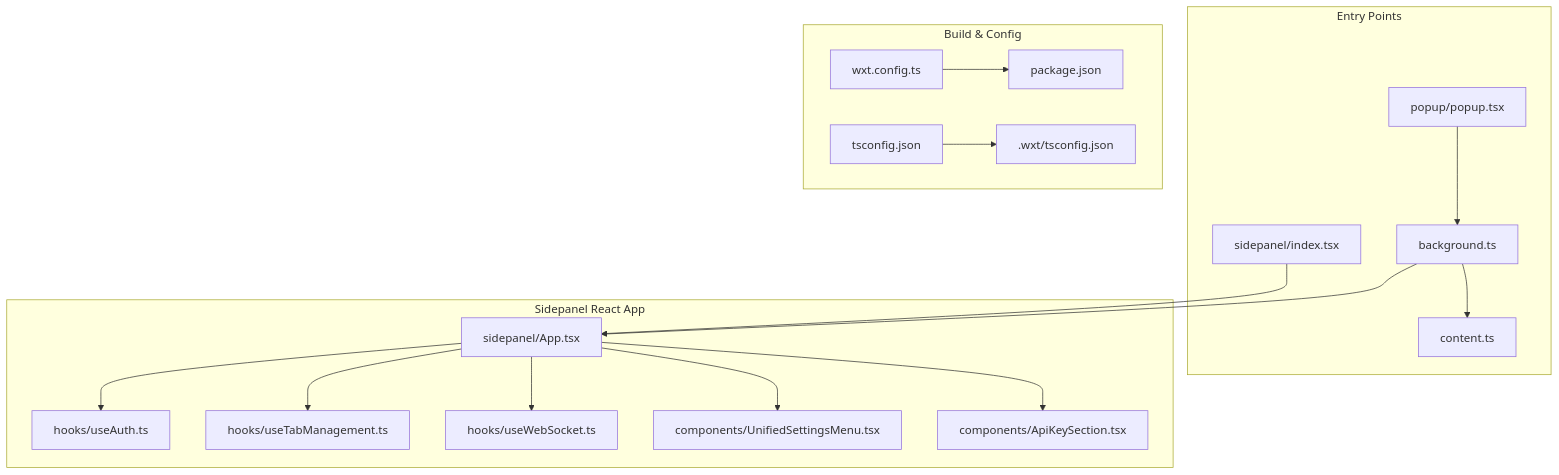
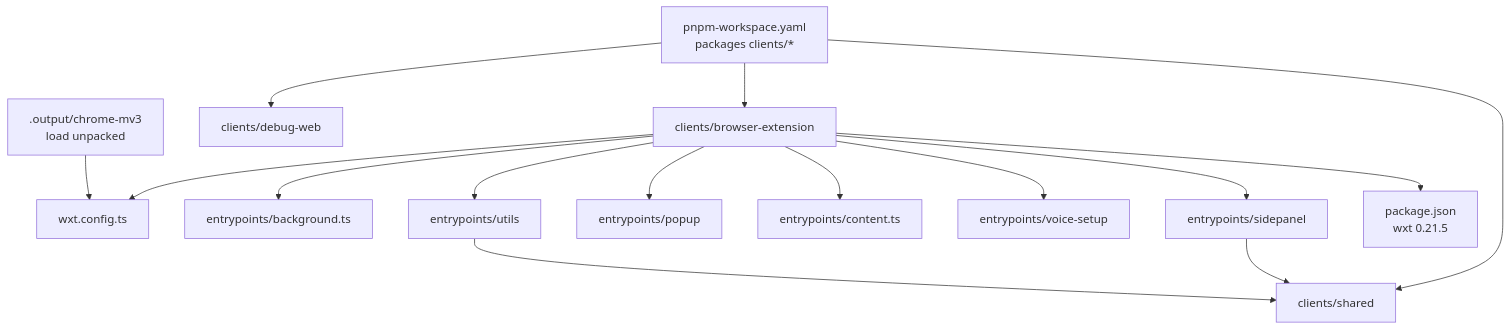
Before and after one commit to tashifkhan/tashif.codes: the first of 5 diagrams in src/data/docs/agentic-browser/Browser Extension/Extension Development Guide.md, drawn with Mermaid. The commit also changed other lines of this file and 114 other files, not shown here.

````diff
--- a/src/data/docs/agentic-browser/Browser Extension/Extension Development Guide.md
+++ b/src/data/docs/agentic-browser/Browser Extension/Extension Development Guide.md
@@ -13,34 +15,17 @@
 ```mermaid
 graph TB
-subgraph "Entry Points"
-BG["background.ts"]
-CS["content.ts"]
-SP["sidepanel/index.tsx"]
-POP["popup/popup.tsx"]
-end
-subgraph "Sidepanel React App"
-APP["sidepanel/App.tsx"]
-AUTH["hooks/useAuth.ts"]
-TAB["hooks/useTabManagement.ts"]
-WS["hooks/useWebSocket.ts"]
-SET["components/UnifiedSettingsMenu.tsx"]
-AK["components/ApiKeySection.tsx"]
-end
-subgraph "Build & Config"
-WXT["wxt.config.ts"]
-PKG["package.json"]
-TS["tsconfig.json"]
-WXT_TS[".wxt/tsconfig.json"]
-end
-SP --> APP
-APP --> AUTH
-APP --> TAB
-APP --> WS
-APP --> SET
-APP --> AK
-BG --> CS
-BG --> APP
-POP --> BG
-WXT --> PKG
-TS --> WXT_TS
+  ROOT["pnpm-workspace.yaml<br/>packages clients/*"] --> EXT["clients/browser-extension"]
+  ROOT --> SH["clients/shared"]
+  ROOT --> CON["clients/debug-web"]
+  EXT --> CFG["wxt.config.ts"]
+  EXT --> BG["entrypoints/background.ts"]
+  EXT --> SP["entrypoints/sidepanel"]
+  EXT --> PU["entrypoints/popup"]
+  EXT --> CT["entrypoints/content.ts"]
+  EXT --> VS["entrypoints/voice-setup"]
+  EXT --> UT["entrypoints/utils"]
+  EXT --> PKG["package.json<br/>wxt 0.21.5"]
+  SP --> SH
+  UT --> SH
+  OUT[".output/chrome-mv3<br/>load unpacked"] --> CFG
 ```
````
